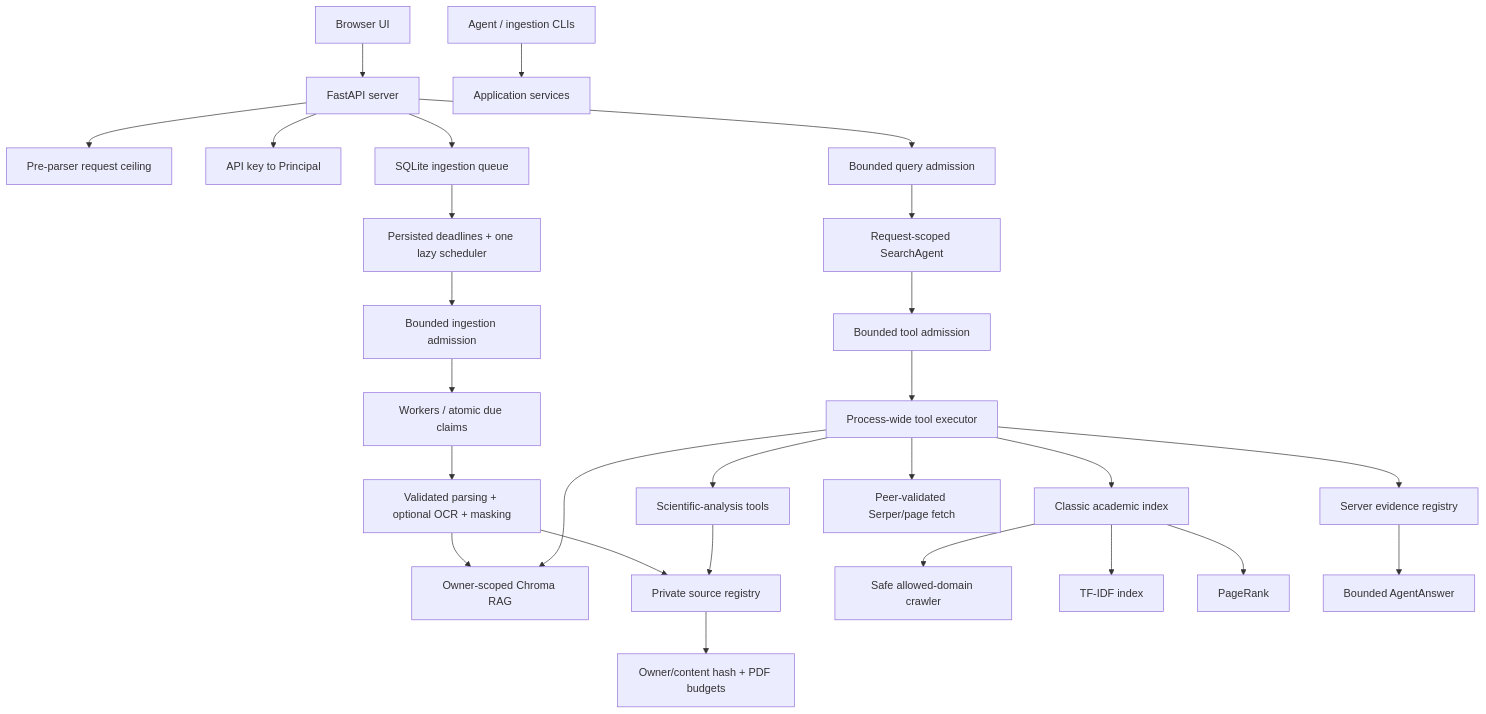
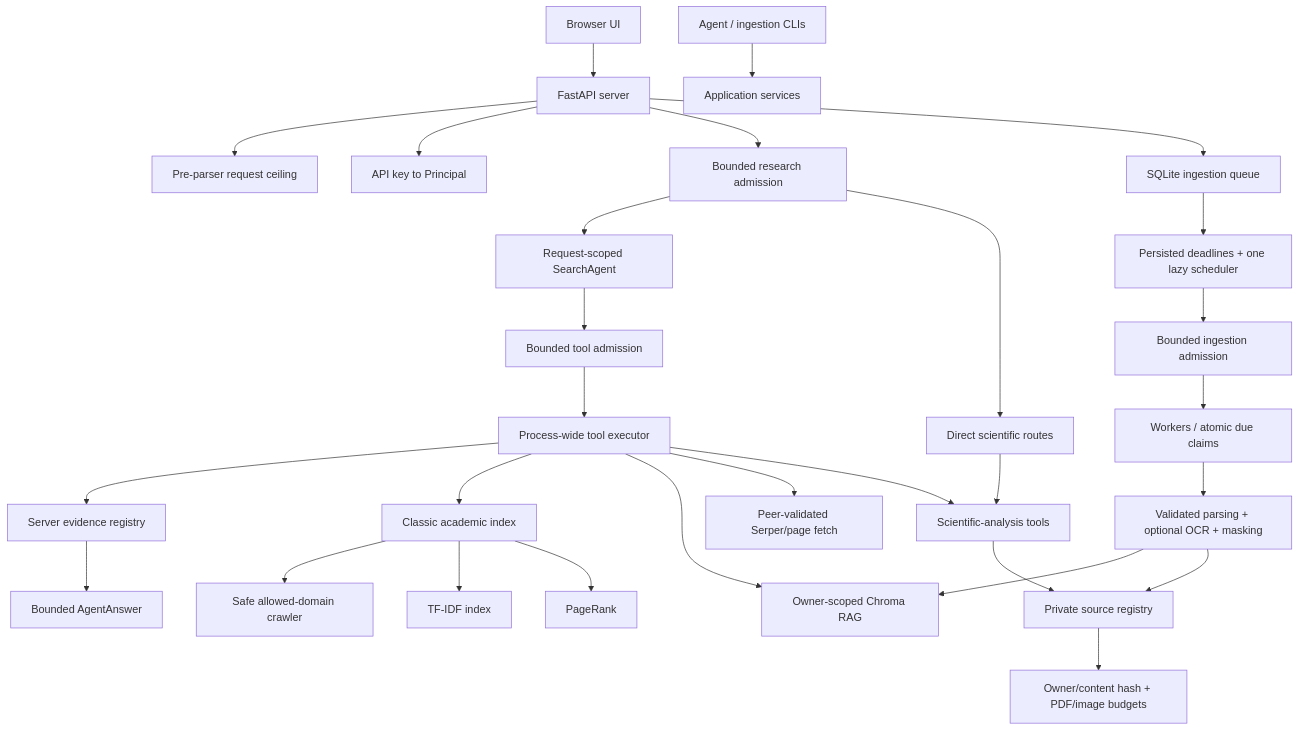
Before and after one commit to Anurag9000/RigorousRAG: the diagram in docs/GOALS_AND_ARCHITECTURE.md, drawn with Mermaid. The commit also changed other lines of this file, not shown here.

Commit message:
Reconcile visual and route architecture

````diff
--- a/docs/GOALS_AND_ARCHITECTURE.md
+++ b/docs/GOALS_AND_ARCHITECTURE.md
@@ -149,29 +151,31 @@
 ```mermaid
 graph TD
     UI[Browser UI] --> API[FastAPI server]
     CLI[Agent / ingestion CLIs] --> Services[Application services]
     API --> BodyLimit[Pre-parser request ceiling]
     API --> Identity[API key to Principal]
-    API --> QueryAdmission[Bounded query admission]
-    QueryAdmission --> Agent[Request-scoped SearchAgent]
+    API --> ResearchAdmission[Bounded research admission]
+    ResearchAdmission --> Agent[Request-scoped SearchAgent]
+    ResearchAdmission --> DirectTools[Direct scientific routes]
     API --> Queue[SQLite ingestion queue]
     Queue --> Scheduler[Persisted deadlines + one lazy scheduler]
     Scheduler --> IngestAdmission[Bounded ingestion admission]
     IngestAdmission --> Workers[Workers / atomic due claims]
     Workers --> Parser[Validated parsing + optional OCR + masking]
     Parser --> Vector[Owner-scoped Chroma RAG]
     Parser --> Registry[Private source registry]
     Agent --> ToolAdmission[Bounded tool admission]
     ToolAdmission --> ToolPool[Process-wide tool executor]
     ToolPool --> Evidence[Server evidence registry]
     ToolPool --> Classic[Classic academic index]
     ToolPool --> Vector
     ToolPool --> Web[Peer-validated Serper/page fetch]
     ToolPool --> Integrity[Scientific-analysis tools]
+    DirectTools --> Integrity
     Integrity --> Registry
-    Registry --> VisualVerify[Owner/content hash + PDF budgets]
+    Registry --> VisualVerify[Owner/content hash + PDF/image budgets]
     Classic --> Crawler[Safe allowed-domain crawler]
     Classic --> Sparse[TF-IDF index]
     Classic --> Rank[PageRank]
     Evidence --> Response[Bounded AgentAnswer]
 ```
````
